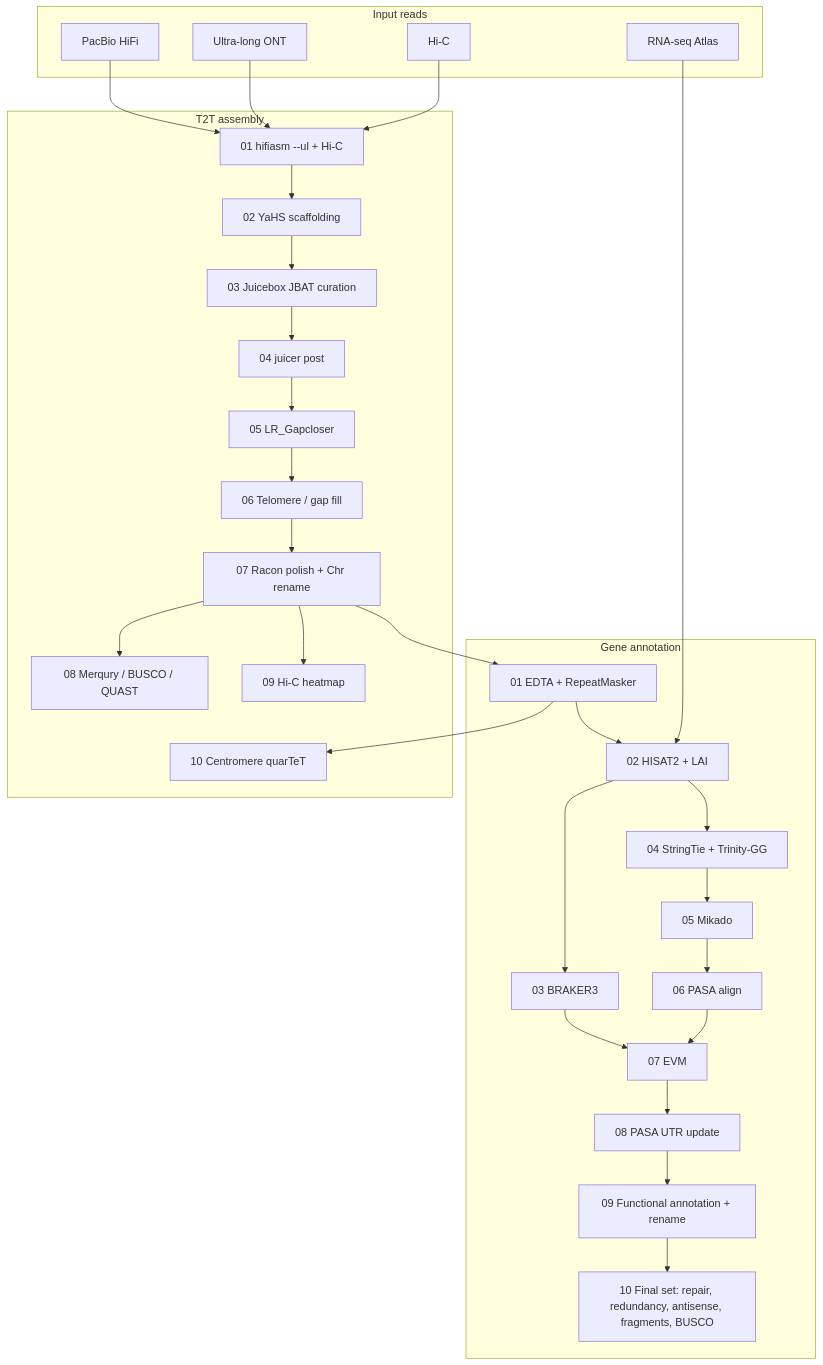
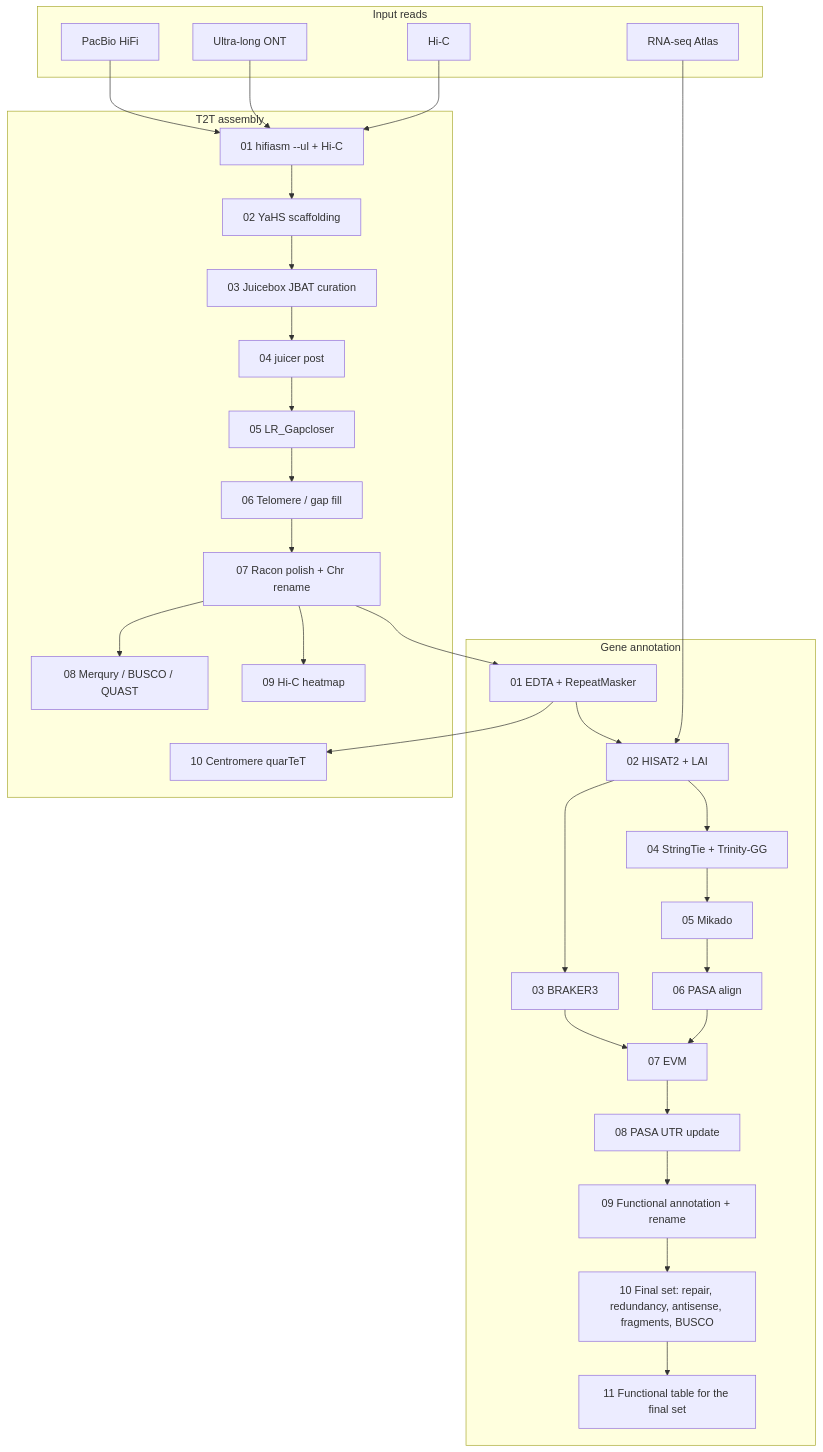
The diagram in README.md (sibs-zz/soybean_assembly_annotation), drawn with Mermaid before and after one commit. The commit also changed other lines of this file and 5 other files, not shown here.

First line of the commit message:
Add step 11 to write the functional table for each final gene set.

````diff
--- a/README.md
+++ b/README.md
@@ -13,47 +13,48 @@
 ```mermaid
 flowchart TD
   subgraph reads["Input reads"]
     HiFi["PacBio HiFi"]
     ONT["Ultra-long ONT"]
     HiC["Hi-C"]
     RNA["RNA-seq Atlas"]
   end
 
   subgraph asm["T2T assembly"]
     A01["01 hifiasm --ul + Hi-C"]
     A02["02 YaHS scaffolding"]
     A03["03 Juicebox JBAT curation"]
     A04["04 juicer post"]
     A05["05 LR_Gapcloser"]
     A06["06 Telomere / gap fill"]
     A07["07 Racon polish + Chr rename"]
     A08["08 Merqury / BUSCO / QUAST"]
     A09["09 Hi-C heatmap"]
     A10["10 Centromere quarTeT"]
   end
 
   subgraph ann["Gene annotation"]
     N01["01 EDTA + RepeatMasker"]
     N02["02 HISAT2 + LAI"]
     N03["03 BRAKER3"]
     N04["04 StringTie + Trinity-GG"]
     N05["05 Mikado"]
     N06["06 PASA align"]
     N07["07 EVM"]
     N08["08 PASA UTR update"]
     N09["09 Functional annotation + rename"]
     N10["10 Final set: repair, redundancy, antisense, fragments, BUSCO"]
+    N11["11 Functional table for the final set"]
   end
 
   HiFi --> A01
   ONT --> A01
   HiC --> A01
   A01 --> A02 --> A03 --> A04 --> A05 --> A06 --> A07
   A07 --> A08
   A07 --> A09
   N01 --> A10
   A07 --> N01 --> N02 --> N03
   RNA --> N02
-  N02 --> N04 --> N05 --> N06 --> N07 --> N08 --> N09 --> N10
+  N02 --> N04 --> N05 --> N06 --> N07 --> N08 --> N09 --> N10 --> N11
   N03 --> N07
 ```
````
